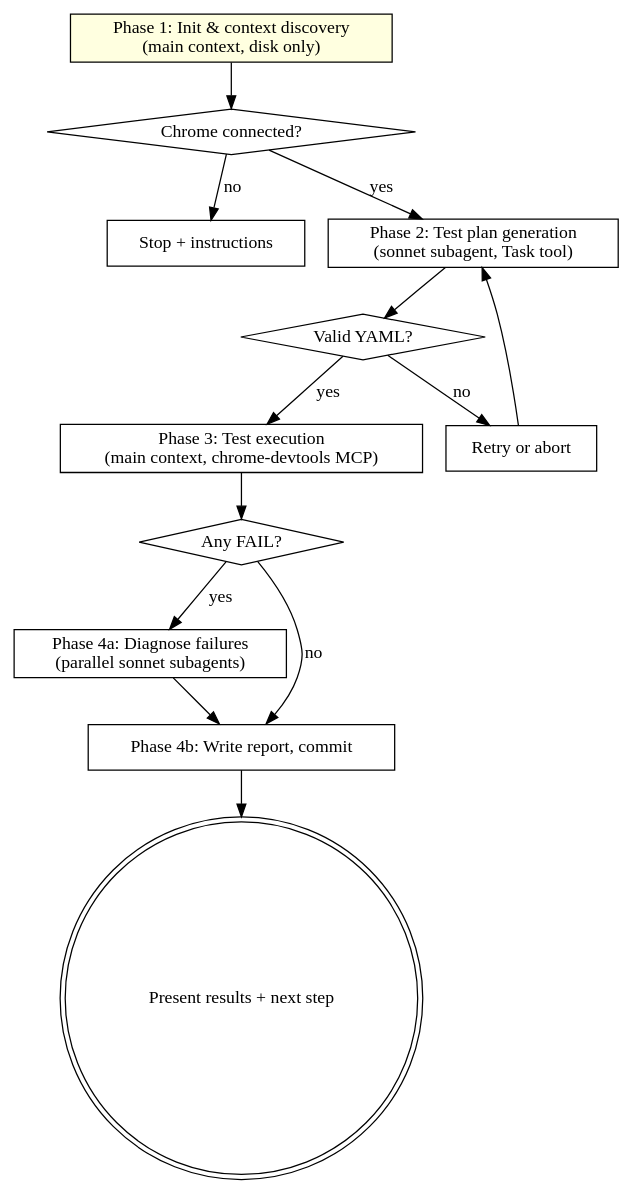
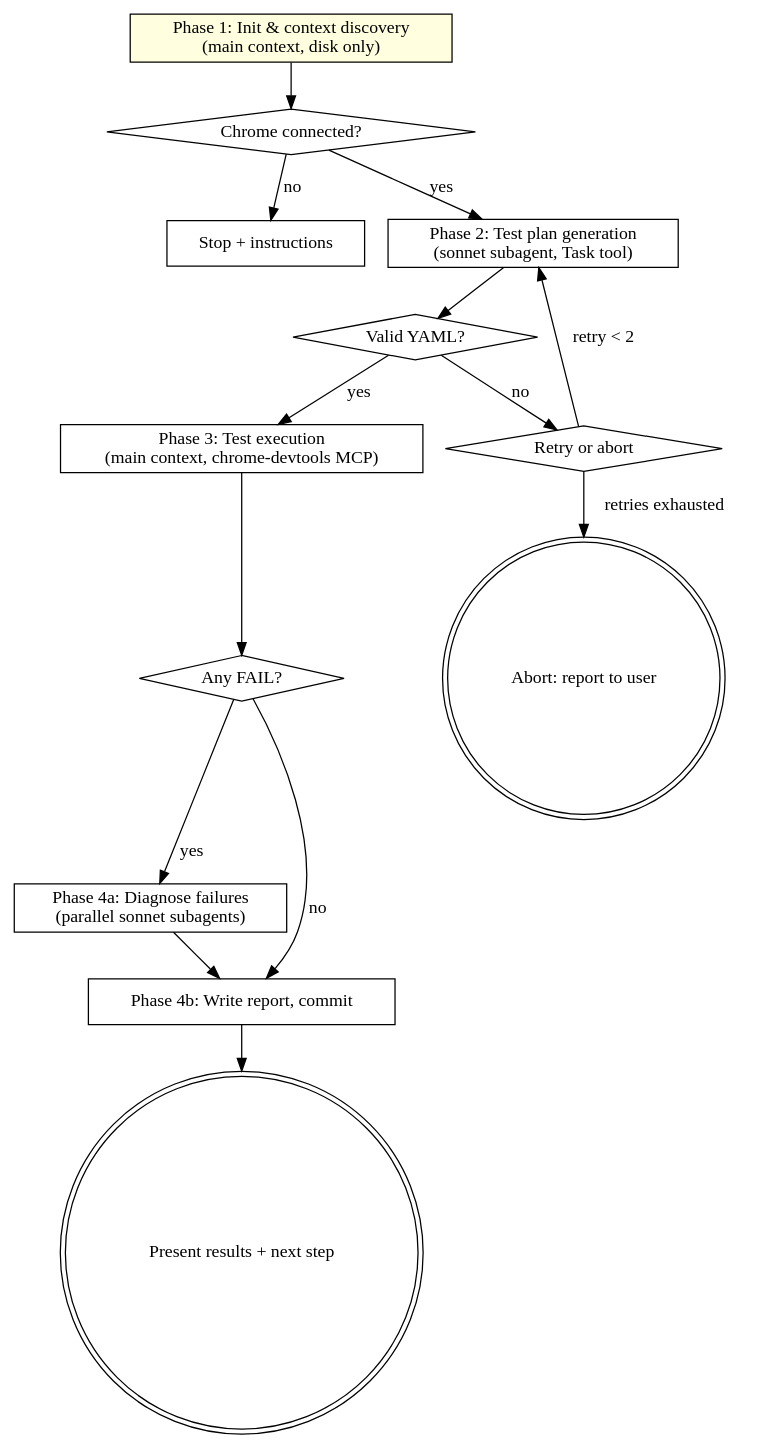
Before and after one commit to BonsaiSoftware/bonsaipowers: the diagram in skills/bonsai-verify-ui/SKILL.md, drawn with Graphviz. The commit also changed other lines of this file, not shown here.

Commit message:
fix(bonsai-verify-ui): drop vestigial auth_hint, complete flowchart abort path
- Remove auth_hint from Phase 1 output and Phase 2 dispatch prompt.
  test-planner-agent.md handles credential discovery internally, so
  the hint field was a dangling reference with no derivation step.
- Change 'Retry or abort' flowchart node from box to diamond (it's a
  decision) and add an 'Abort: report to user' terminal for the
  exhausted-retries case. Phase 2 prose already described this path
  but the DOT graph was missing the terminal.

````diff
--- a/skills/bonsai-verify-ui/SKILL.md
+++ b/skills/bonsai-verify-ui/SKILL.md
@@ -47,30 +47,32 @@
 ```dot
 digraph process {
     rankdir=TB;
 
     "Phase 1: Init & context discovery\n(main context, disk only)" [shape=box style=filled fillcolor=lightyellow];
     "Chrome connected?" [shape=diamond];
     "Stop + instructions" [shape=box];
     "Phase 2: Test plan generation\n(sonnet subagent, Task tool)" [shape=box];
     "Valid YAML?" [shape=diamond];
-    "Retry or abort" [shape=box];
+    "Retry or abort" [shape=diamond];
+    "Abort: report to user" [shape=doublecircle];
     "Phase 3: Test execution\n(main context, chrome-devtools MCP)" [shape=box];
     "Any FAIL?" [shape=diamond];
     "Phase 4a: Diagnose failures\n(parallel sonnet subagents)" [shape=box];
     "Phase 4b: Write report, commit" [shape=box];
     "Present results + next step" [shape=doublecircle];
 
     "Phase 1: Init & context discovery\n(main context, disk only)" -> "Chrome connected?";
     "Chrome connected?" -> "Stop + instructions" [label="no"];
     "Chrome connected?" -> "Phase 2: Test plan generation\n(sonnet subagent, Task tool)" [label="yes"];
     "Phase 2: Test plan generation\n(sonnet subagent, Task tool)" -> "Valid YAML?";
     "Valid YAML?" -> "Retry or abort" [label="no"];
-    "Retry or abort" -> "Phase 2: Test plan generation\n(sonnet subagent, Task tool)";
+    "Retry or abort" -> "Phase 2: Test plan generation\n(sonnet subagent, Task tool)" [label="retry < 2"];
+    "Retry or abort" -> "Abort: report to user" [label="retries exhausted"];
     "Valid YAML?" -> "Phase 3: Test execution\n(main context, chrome-devtools MCP)" [label="yes"];
     "Phase 3: Test execution\n(main context, chrome-devtools MCP)" -> "Any FAIL?";
     "Any FAIL?" -> "Phase 4a: Diagnose failures\n(parallel sonnet subagents)" [label="yes"];
     "Phase 4a: Diagnose failures\n(parallel sonnet subagents)" -> "Phase 4b: Write report, commit";
     "Any FAIL?" -> "Phase 4b: Write report, commit" [label="no"];
     "Phase 4b: Write report, commit" -> "Present results + next step";
 }
 ```
````
